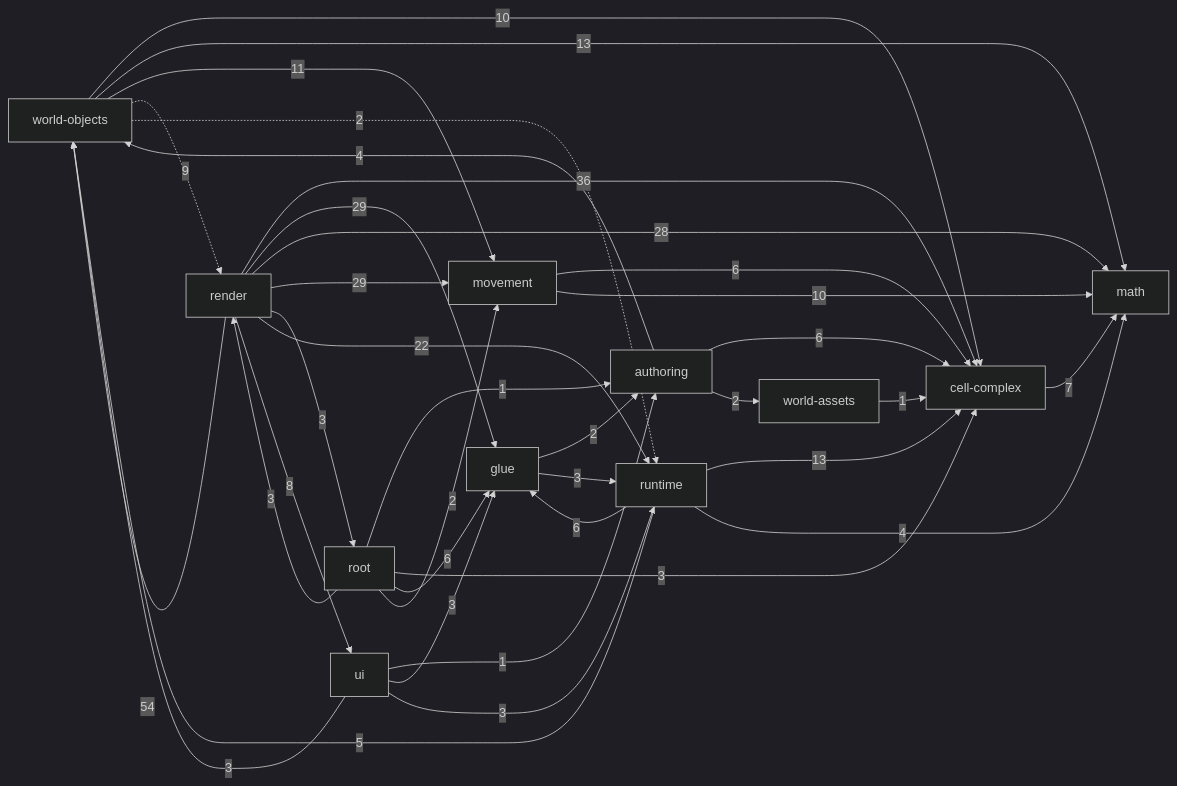
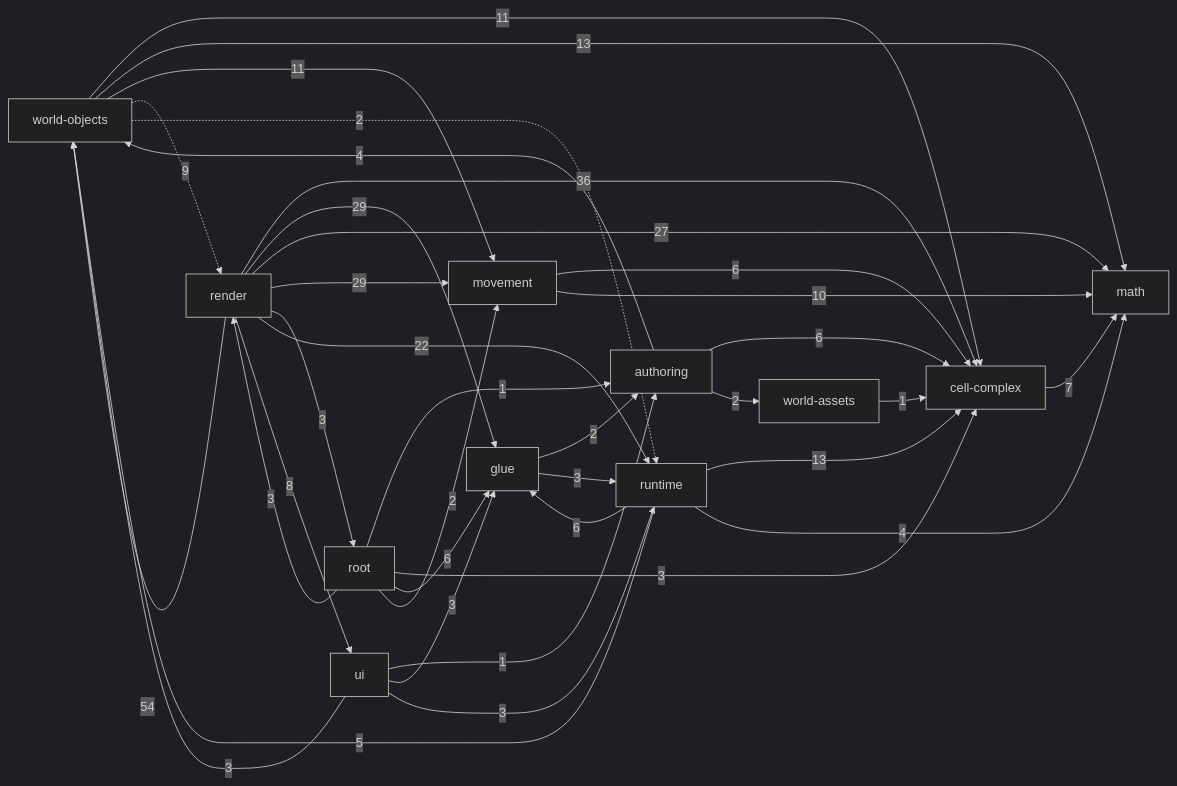
One commit to guraltsev/noneuclid-fpv changed the diagram in _docs/generated/ARCHITECTURE_REFERENCE.md. Above: the diagram before and after it, drawn with Mermaid (dark theme). The commit also changed other lines of this file and 8 other files, not shown here.

````diff
--- a/_docs/generated/ARCHITECTURE_REFERENCE.md
+++ b/_docs/generated/ARCHITECTURE_REFERENCE.md
@@ -32,49 +32,49 @@
 ```mermaid
 flowchart LR
   math["math"]
   cell_complex["cell-complex"]
   movement["movement"]
   world_assets["world-assets"]
   world_objects["world-objects"]
   authoring["authoring"]
   runtime["runtime"]
   ui["ui"]
   glue["glue"]
   render["render"]
   root["root"]
   authoring -->|6| cell_complex
   authoring -->|2| world_assets
   authoring -->|4| world_objects
   cell_complex -->|7| math
   glue -->|2| authoring
   glue -->|3| runtime
   movement -->|6| cell_complex
   movement -->|10| math
   render -->|36| cell_complex
   render -->|29| glue
-  render -->|28| math
+  render -->|27| math
   render -->|29| movement
   render -->|3| root
   render -->|22| runtime
   render -->|8| ui
   render -->|54| world_objects
   root -->|1| authoring
   root -->|3| cell_complex
   root -->|6| glue
   root -->|2| movement
   root -->|3| render
   runtime -->|13| cell_complex
   runtime -->|6| glue
   runtime -->|4| math
   runtime -->|5| world_objects
   ui -->|1| authoring
   ui -->|3| glue
   ui -->|3| runtime
   ui -->|3| world_objects
   world_assets -->|1| cell_complex
-  world_objects -->|10| cell_complex
+  world_objects -->|11| cell_complex
   world_objects -->|13| math
   world_objects -->|11| movement
   world_objects -.->|9| render
   world_objects -.->|2| runtime
 ```
````
